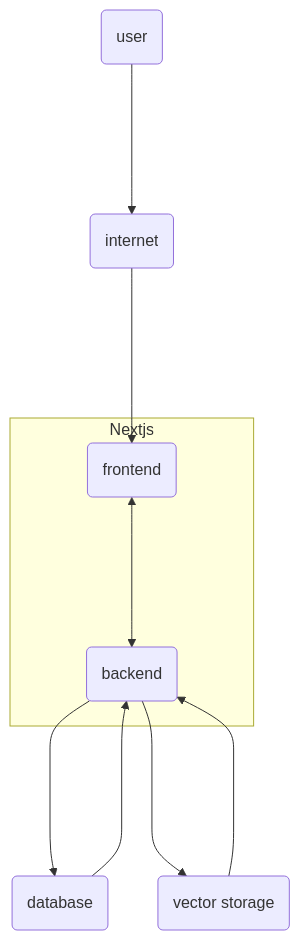
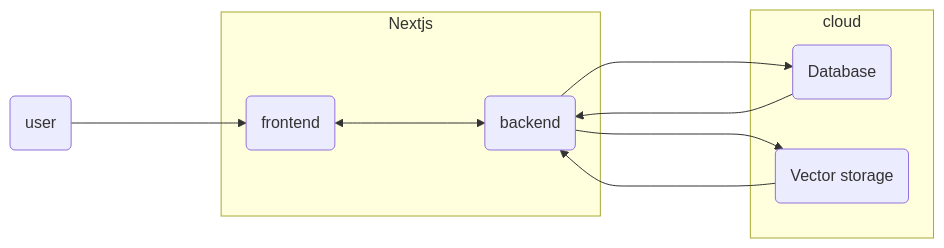
The first of 3 diagrams in README.md (yushaku/ai-assistant), drawn with Mermaid before and after one commit. The commit also changed other lines of this file, not shown here.

````diff
--- a/README.md
+++ b/README.md
@@ -13,15 +13,16 @@
 ```mermaid
-flowchart TB
-1(user) ----> 2(internet)
-2 ---->3(frontend)
+flowchart LR
+1(user) ---->3(frontend)
 
 subgraph Nextjs
 3 <----> 4(backend)
 end
 
-4 ----> 5(database)
+subgraph cloud
+4 ----> 5(Database)
 5 ----> 4
 
-4 ----> 6(vector storage)
+4 ----> 6(Vector storage)
 6 ----> 4
+end
 ```
````
